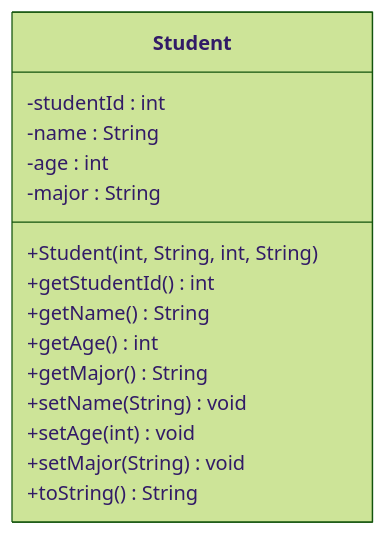
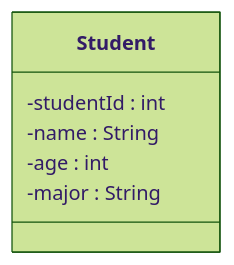
One commit to jayani-athukorala/java-oop-exercise changed the third of 5 diagrams in README.md. Above: the diagram before and after it, drawn with Mermaid (forest theme). The commit also changed other lines of this file, not shown here.

Commit message:
remove getters setters from uml

````diff
--- a/README.md
+++ b/README.md
@@ -60,18 +49,9 @@
 ```mermaid
 classDiagram
     class Student {
         -studentId : int
         -name : String
         -age : int
         -major : String
-        +Student(int, String, int, String)
-        +getStudentId() int
-        +getName() String
-        +getAge() int
-        +getMajor() String
-        +setName(String) void
-        +setAge(int) void
-        +setMajor(String) void
-        +toString() String
     }
 ```
````
